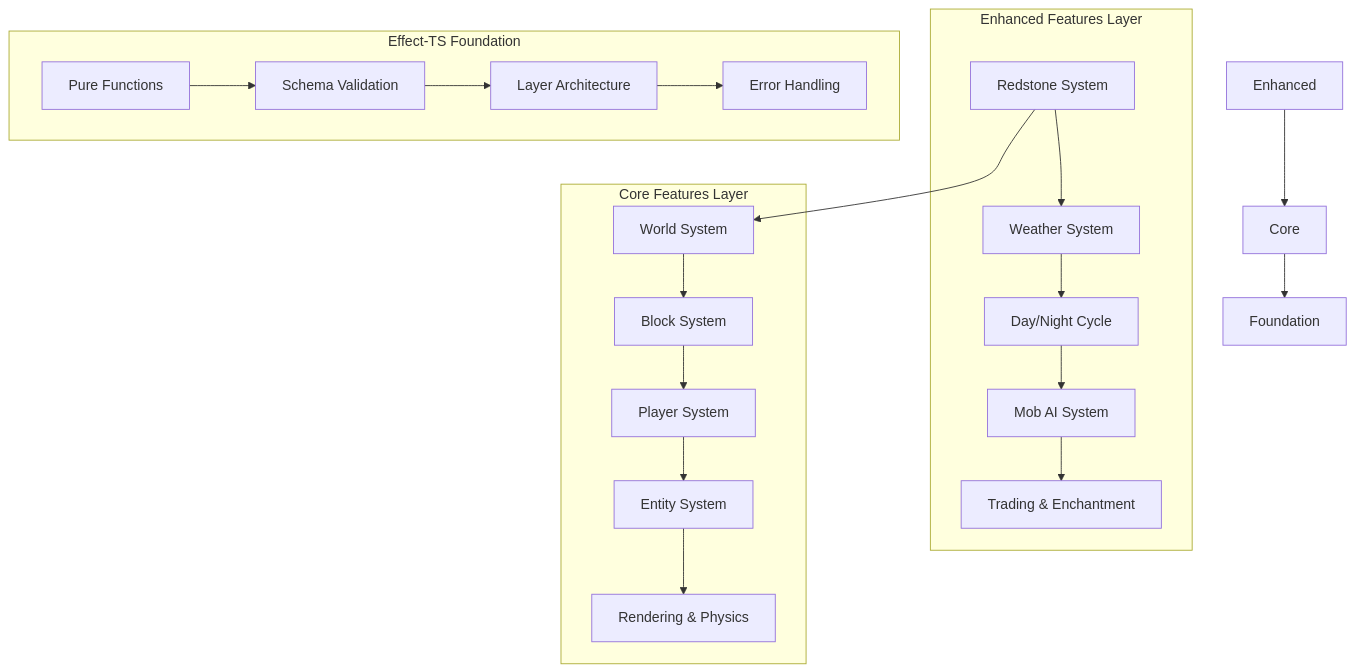
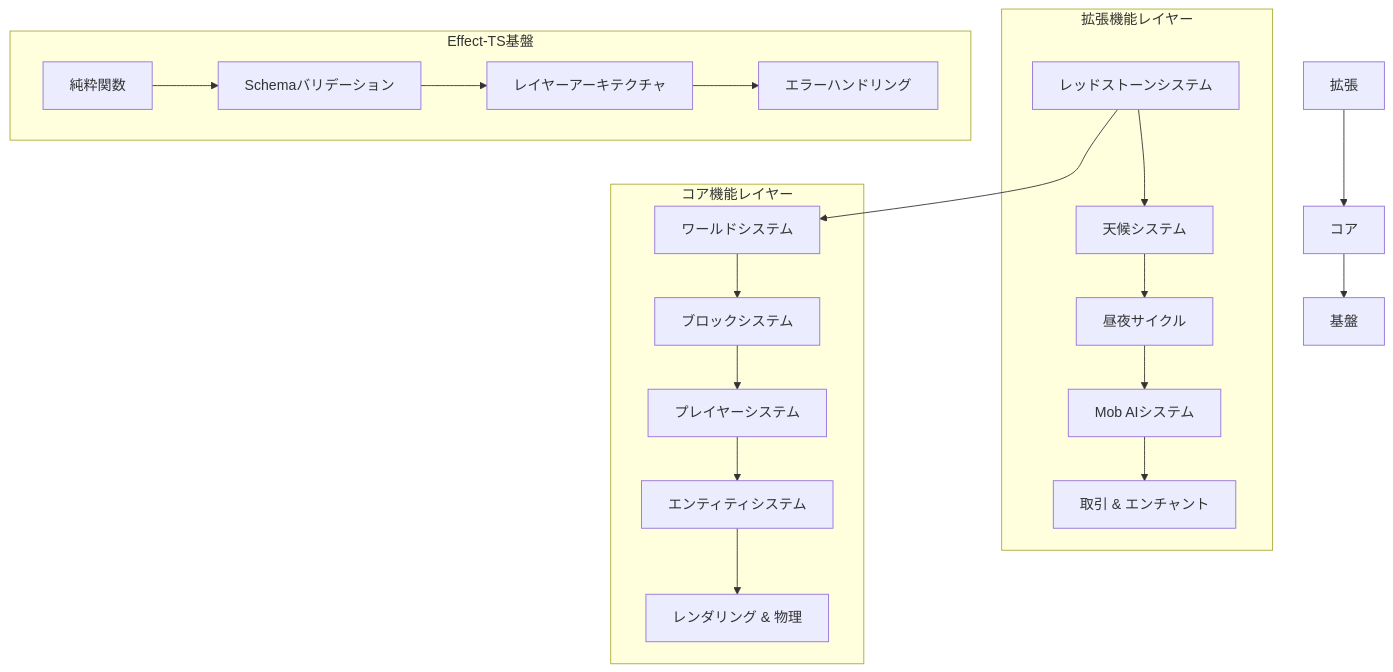
The diagram in docs/00-introduction/00-project-overview.md (takeokunn/ts-minecraft), drawn with Mermaid before and after one commit. The commit also changed other lines of this file and 135 other files, not shown here.

````diff
--- a/docs/00-introduction/00-project-overview.md
+++ b/docs/00-introduction/00-project-overview.md
@@ -266,26 +266,26 @@
 ```mermaid
 graph TB
-    subgraph "Enhanced Features Layer"
-        A[Redstone System] --> B[Weather System]
-        B --> C[Day/Night Cycle]
-        C --> D[Mob AI System]
-        D --> E[Trading & Enchantment]
+    subgraph "拡張機能レイヤー"
+        A[レッドストーンシステム] --> B[天候システム]
+        B --> C[昼夜サイクル]
+        C --> D[Mob AIシステム]
+        D --> E[取引 & エンチャント]
     end
 
-    subgraph "Core Features Layer"
-        F[World System] --> G[Block System]
-        G --> H[Player System]
-        H --> I[Entity System]
-        I --> J[Rendering & Physics]
+    subgraph "コア機能レイヤー"
+        F[ワールドシステム] --> G[ブロックシステム]
+        G --> H[プレイヤーシステム]
+        H --> I[エンティティシステム]
+        I --> J[レンダリング & 物理]
     end
 
-    subgraph "Effect-TS Foundation"
-        K[Pure Functions] --> L[Schema Validation]
-        L --> M[Layer Architecture]
-        M --> N[Error Handling]
+    subgraph "Effect-TS基盤"
+        K[純粋関数] --> L[Schemaバリデーション]
+        L --> M[レイヤーアーキテクチャ]
+        M --> N[エラーハンドリング]
     end
 
     A --> F
-    Enhanced --> Core
-    Core --> Foundation
+    拡張 --> コア
+    コア --> 基盤
 ```
````
